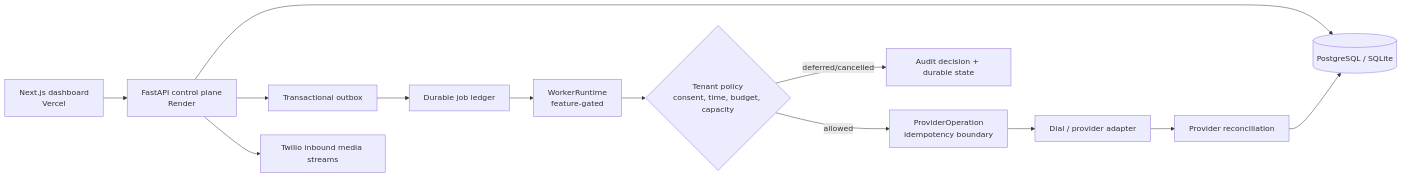
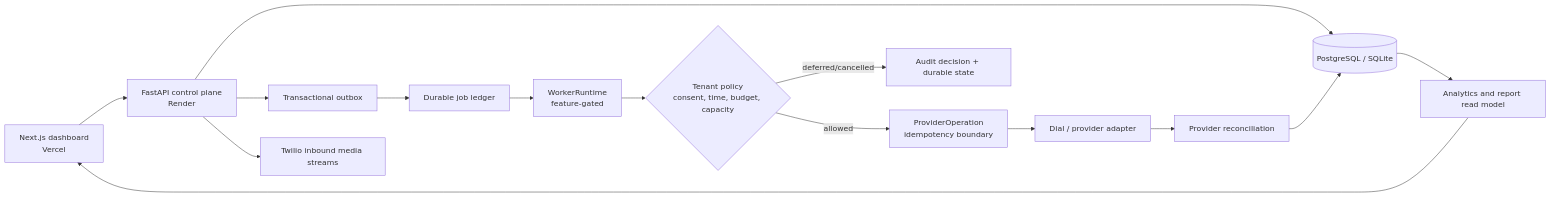
Before and after one commit to jeevesh2515/voxflow-voice-agent: the diagram in README.md, drawn with Mermaid. The commit also changed other lines of this file and 8 other files, not shown here.

````diff
--- a/README.md
+++ b/README.md
@@ -47,15 +51,17 @@
 ```mermaid
 flowchart LR
     UI[Next.js dashboard\nVercel] --> API[FastAPI control plane\nRender]
     API --> DB[(PostgreSQL / SQLite)]
     API --> OB[Transactional outbox]
     OB --> JR[Durable job ledger]
     JR --> W[WorkerRuntime\nfeature-gated]
     W --> P{Tenant policy\nconsent, time, budget, capacity}
     P -- deferred/cancelled --> A[Audit decision + durable state]
     P -- allowed --> PO[ProviderOperation\nidempotency boundary]
     PO --> D[Dial / provider adapter]
     D --> R[Provider reconciliation]
     R --> DB
     API --> T[Twilio inbound media streams]
+    DB --> AN[Analytics and report read model]
+    AN --> UI
 ```
````
